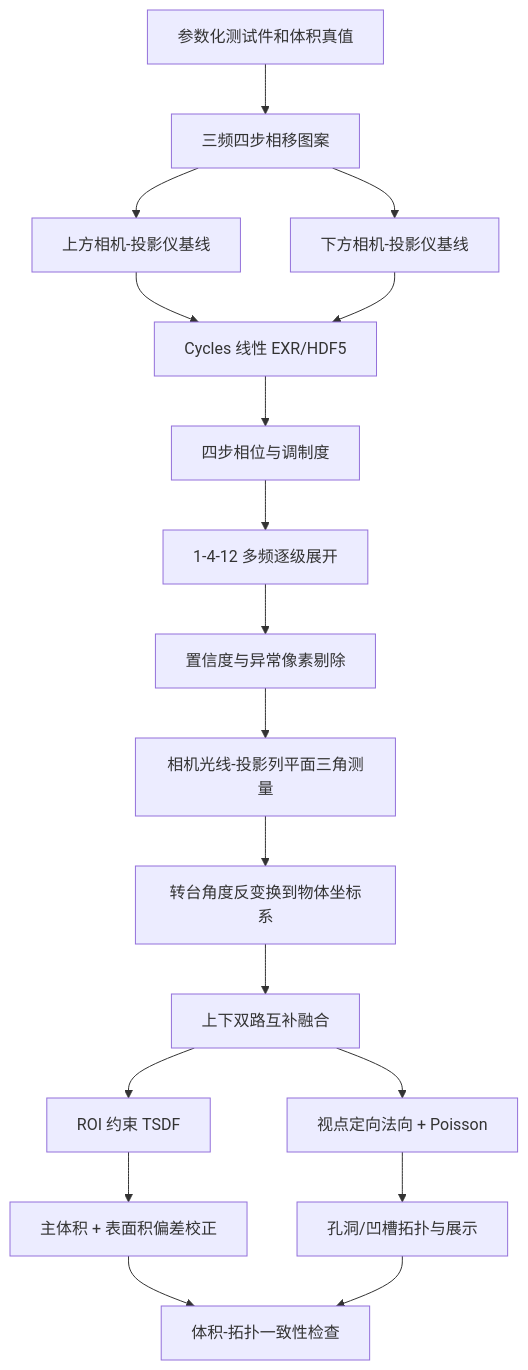
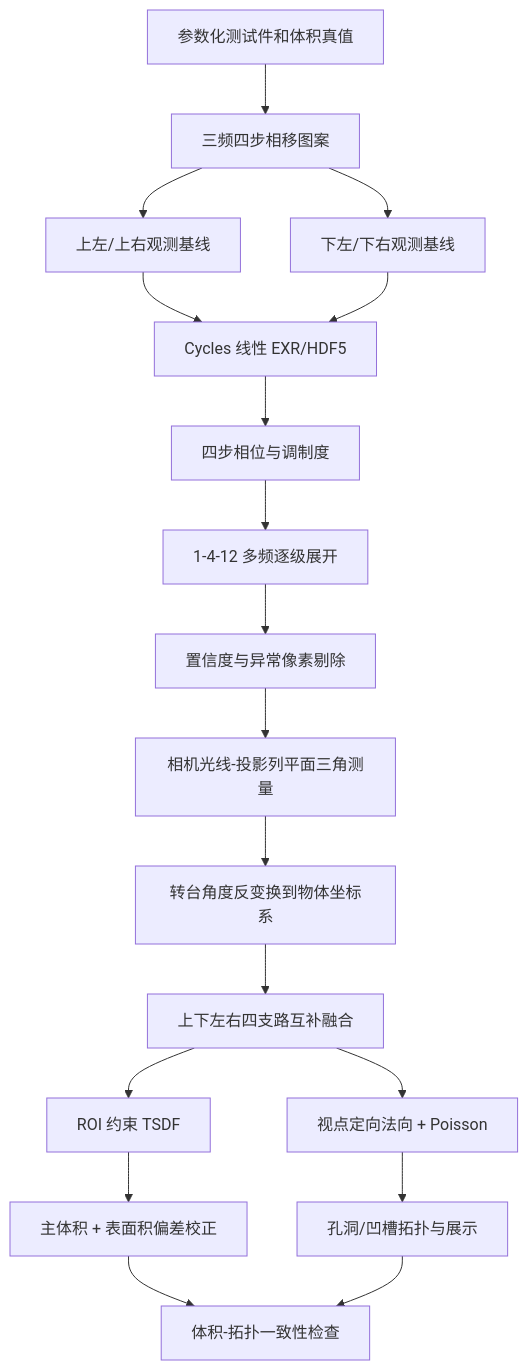
The diagram in docs/technical_route.md (zkhong-kkk/structured-light-sim), drawn with Mermaid before and after one commit. The commit also changed other lines of this file and 63 other files, not shown here.

````diff
--- a/docs/technical_route.md
+++ b/docs/technical_route.md
@@ -18,20 +18,20 @@
 ```mermaid
 flowchart TD
     A[参数化测试件和体积真值] --> B[三频四步相移图案]
-    B --> C1[上方相机-投影仪基线]
-    B --> C2[下方相机-投影仪基线]
+    B --> C1[上左/上右观测基线]
+    B --> C2[下左/下右观测基线]
     C1 --> D[Cycles 线性 EXR/HDF5]
     C2 --> D
     D --> E[四步相位与调制度]
     E --> F[1-4-12 多频逐级展开]
     F --> G[置信度与异常像素剔除]
     G --> H[相机光线-投影列平面三角测量]
     H --> I[转台角度反变换到物体坐标系]
-    I --> J[上下双路互补融合]
+    I --> J[上下左右四支路互补融合]
     J --> K1[ROI 约束 TSDF]
     J --> K2[视点定向法向 + Poisson]
     K1 --> L1[主体积 + 表面积偏差校正]
     K2 --> L2[孔洞/凹槽拓扑与展示]
     L1 --> M[体积-拓扑一致性检查]
     L2 --> M
 ```
````
